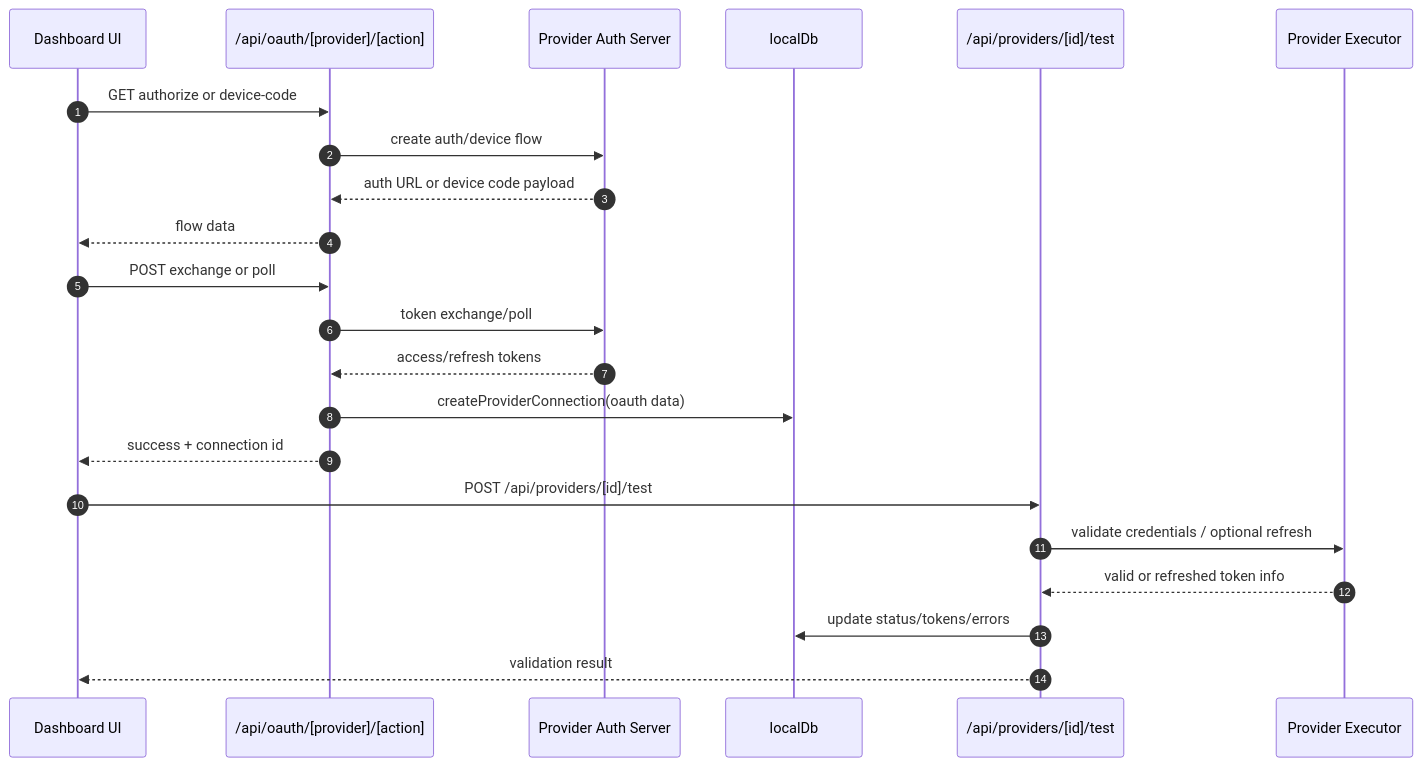
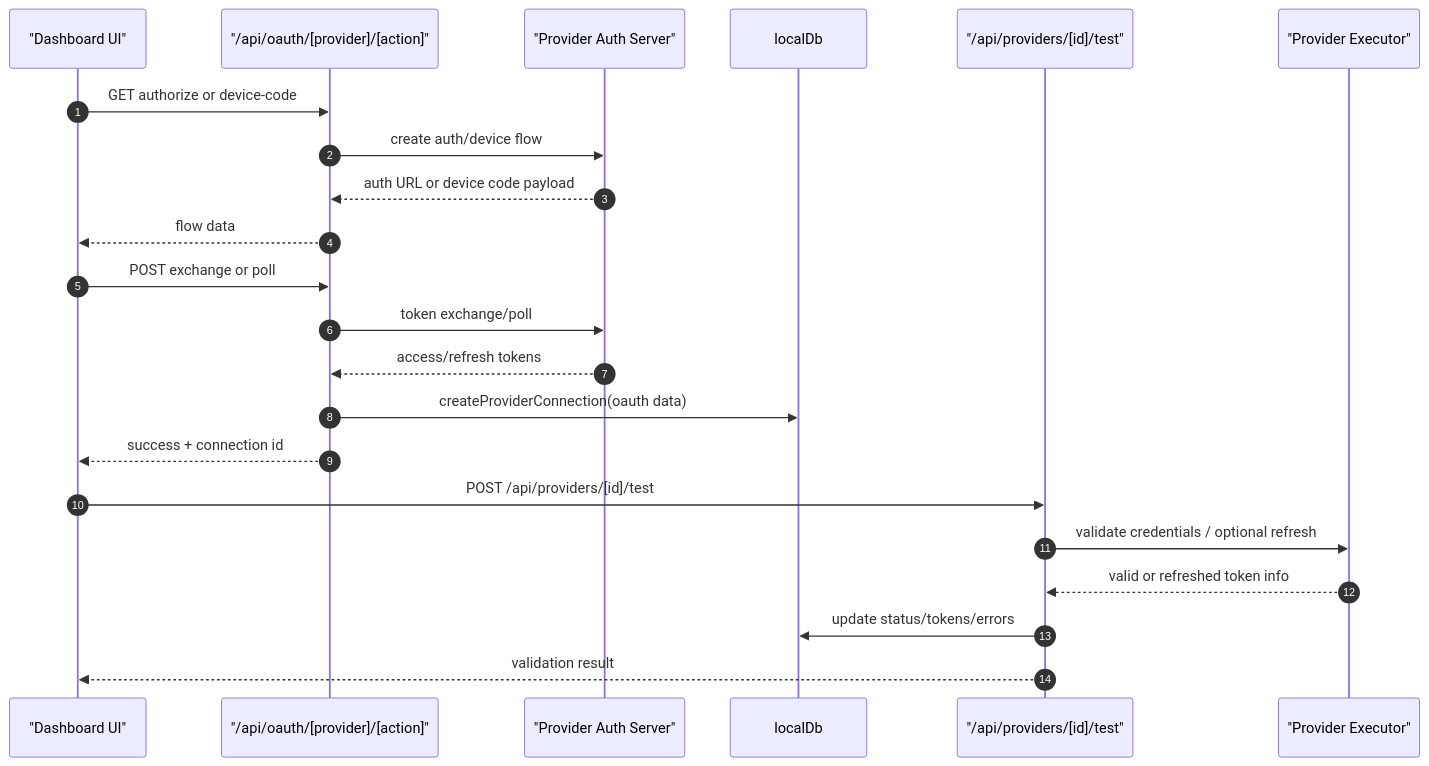
One commit to dt418/9router-docker changed the fourth of 7 diagrams in docs/ARCHITECTURE.md. Above: the diagram before and after it, drawn with Mermaid. The commit also changed other lines of this file and 1 other file, not shown here.

Commit message:
docs: fix mermaid diagram rendering issues

````diff
--- a/docs/ARCHITECTURE.md
+++ b/docs/ARCHITECTURE.md
@@ -244,27 +244,27 @@
 ```mermaid
 sequenceDiagram
     autonumber
-    participant UI as Dashboard UI
-    participant OAuth as /api/oauth/[provider]/[action]
-    participant ProvAuth as Provider Auth Server
+    participant UI as "Dashboard UI"
+    participant OAuth as "/api/oauth/[provider]/[action]"
+    participant ProvAuth as "Provider Auth Server"
     participant DB as localDb
-    participant Test as /api/providers/[id]/test
-    participant Exec as Provider Executor
+    participant Test as "/api/providers/[id]/test"
+    participant Exec as "Provider Executor"
 
     UI->>OAuth: GET authorize or device-code
     OAuth->>ProvAuth: create auth/device flow
     ProvAuth-->>OAuth: auth URL or device code payload
     OAuth-->>UI: flow data
 
     UI->>OAuth: POST exchange or poll
     OAuth->>ProvAuth: token exchange/poll
     ProvAuth-->>OAuth: access/refresh tokens
     OAuth->>DB: createProviderConnection(oauth data)
     OAuth-->>UI: success + connection id
 
     UI->>Test: POST /api/providers/[id]/test
     Test->>Exec: validate credentials / optional refresh
     Exec-->>Test: valid or refreshed token info
     Test->>DB: update status/tokens/errors
     Test-->>UI: validation result
 ```
````
